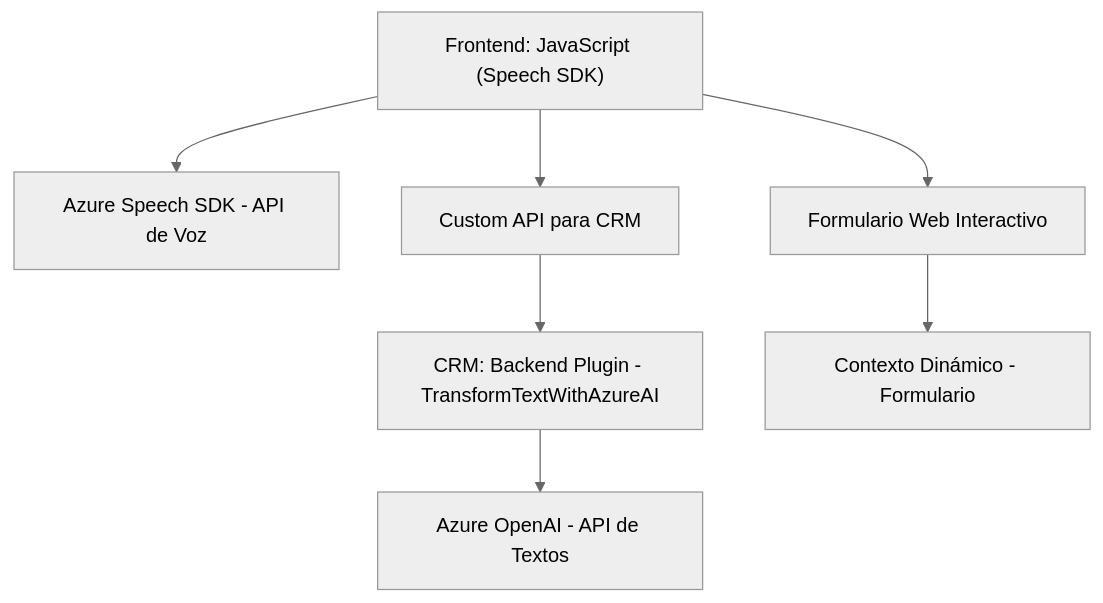
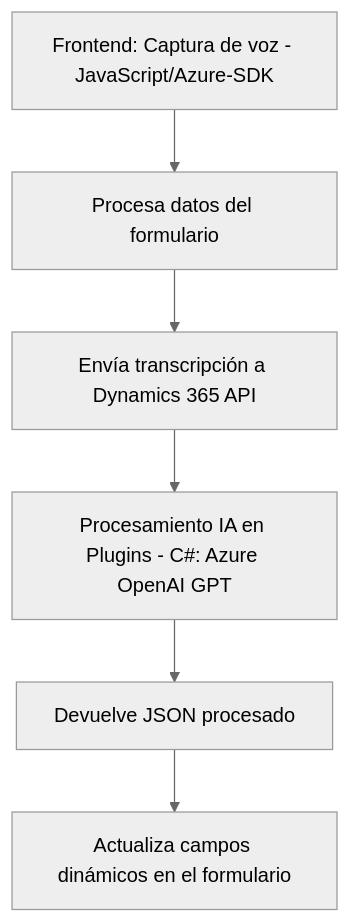
Before and after one commit to blopezdm/NETCORE_BILBAO2025: the diagram in README.md, drawn with Mermaid (neutral theme). The commit also changed other lines of this file, not shown here.

````diff
--- a/README.md
+++ b/README.md
@@ -35,9 +38,8 @@
 ```mermaid
 graph TD
-    A["Frontend: JavaScript (Speech SDK)"] --> B["Azure Speech SDK - API de Voz"]
-    A --> C["Custom API para CRM"]
-    C --> D["CRM: Backend Plugin - TransformTextWithAzureAI"]
-    D --> E["Azure OpenAI - API de Textos"]
-    A --> F["Formulario Web Interactivo"]
-    F --> G["Contexto Dinámico - Formulario"]
+    A["Frontend: Captura de voz - JavaScript/Azure-SDK"] --> B["Procesa datos del formulario"]
+    B --> C["Envía transcripción a Dynamics 365 API"]
+    C --> D["Procesamiento IA en Plugins - C#: Azure OpenAI GPT"]
+    D --> E["Devuelve JSON procesado"]
+    E --> F["Actualiza campos dinámicos en el formulario"]
 ```
````
